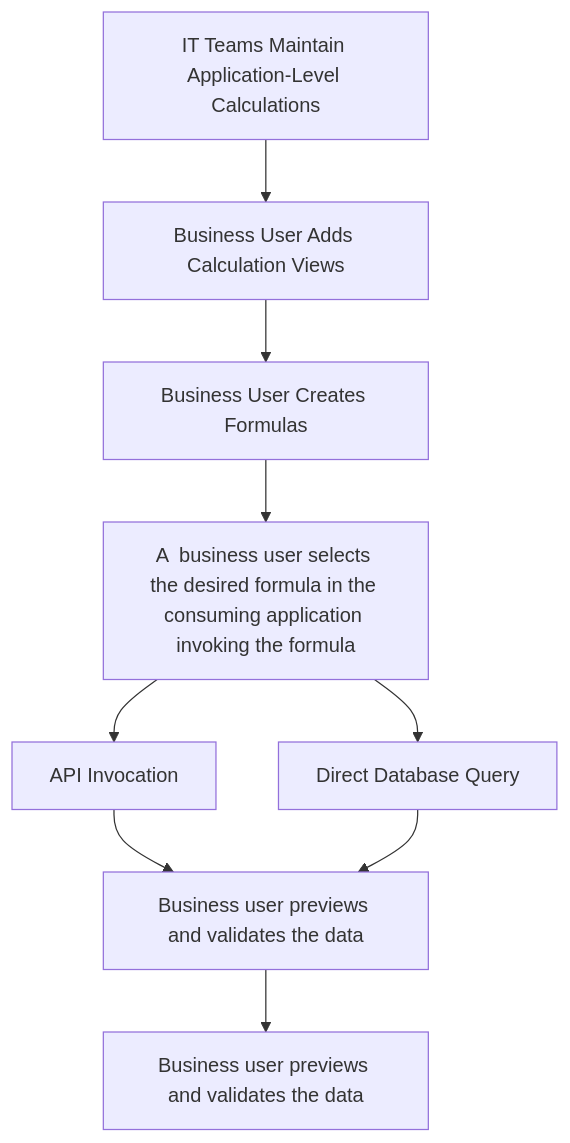
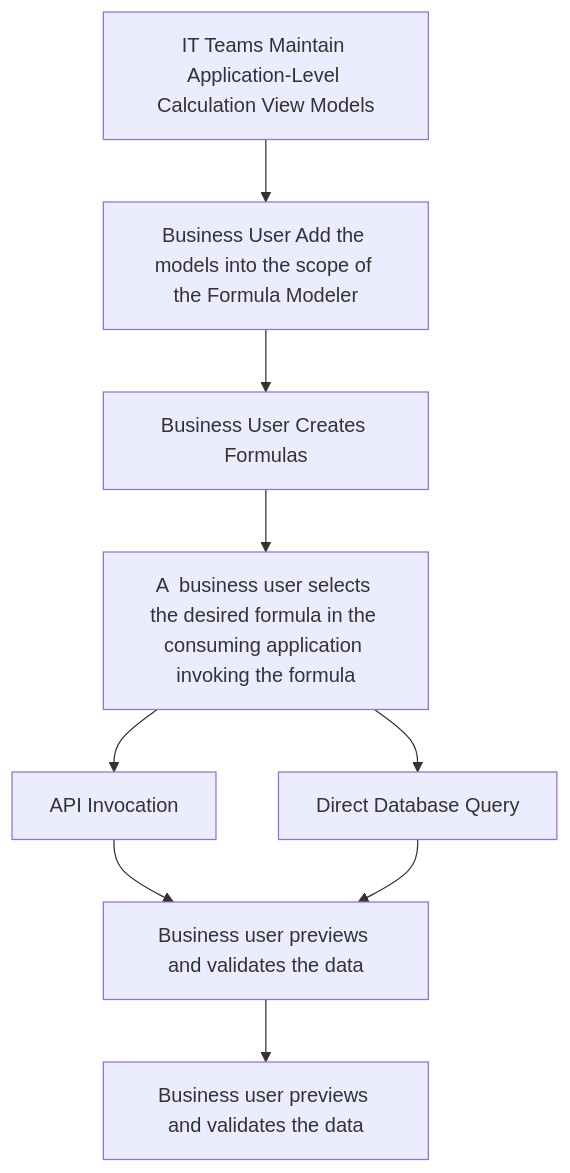
Before and after one commit to prabhudc/formula-modeler-1: the diagram in README.md, drawn with Mermaid. The commit also changed other lines of this file and 2 other files, not shown here.

Commit message:
Formula Models

````diff
--- a/README.md
+++ b/README.md
@@ -30,11 +30,11 @@
 ```mermaid
 flowchart TD
-    A[IT Teams Maintain Application-Level Calculations] --> B[Business User Adds Calculation Views]
+    A[IT Teams Maintain Application-Level Calculation View Models] --> B[Business User Add the models into the scope of the Formula Modeler]
     B --> C[Business User Creates Formulas]
     C --> D[A  business user selects the desired formula in the consuming application invoking the formula]
     D --> D1[API Invocation]
     D --> D2[Direct Database Query]
     D1 --> E[Render or Apply Formula Results]
     D2 --> E[Business user previews and validates the data ]
     E --> D3[Business user previews and validates the data ]
 ```
````
